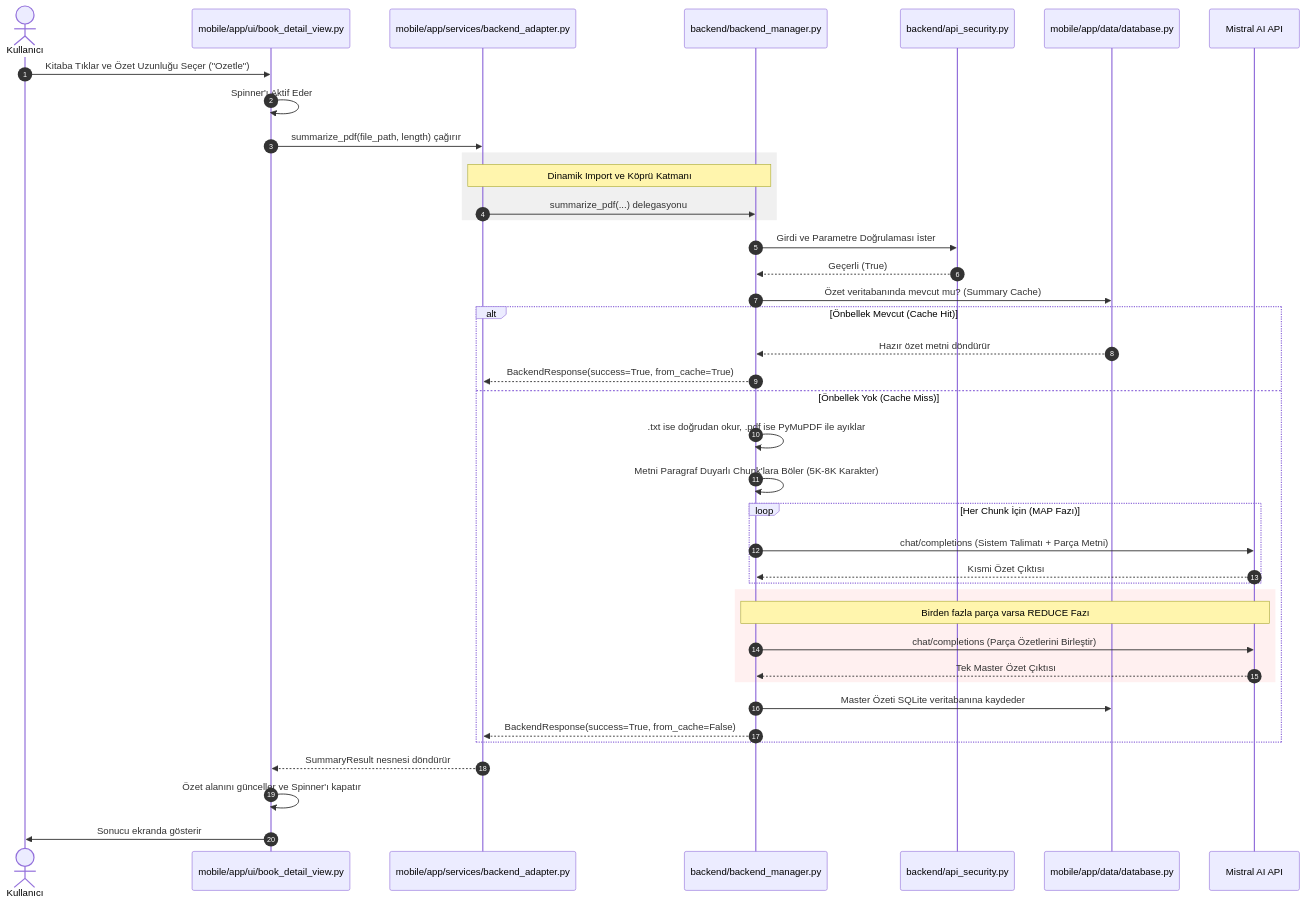
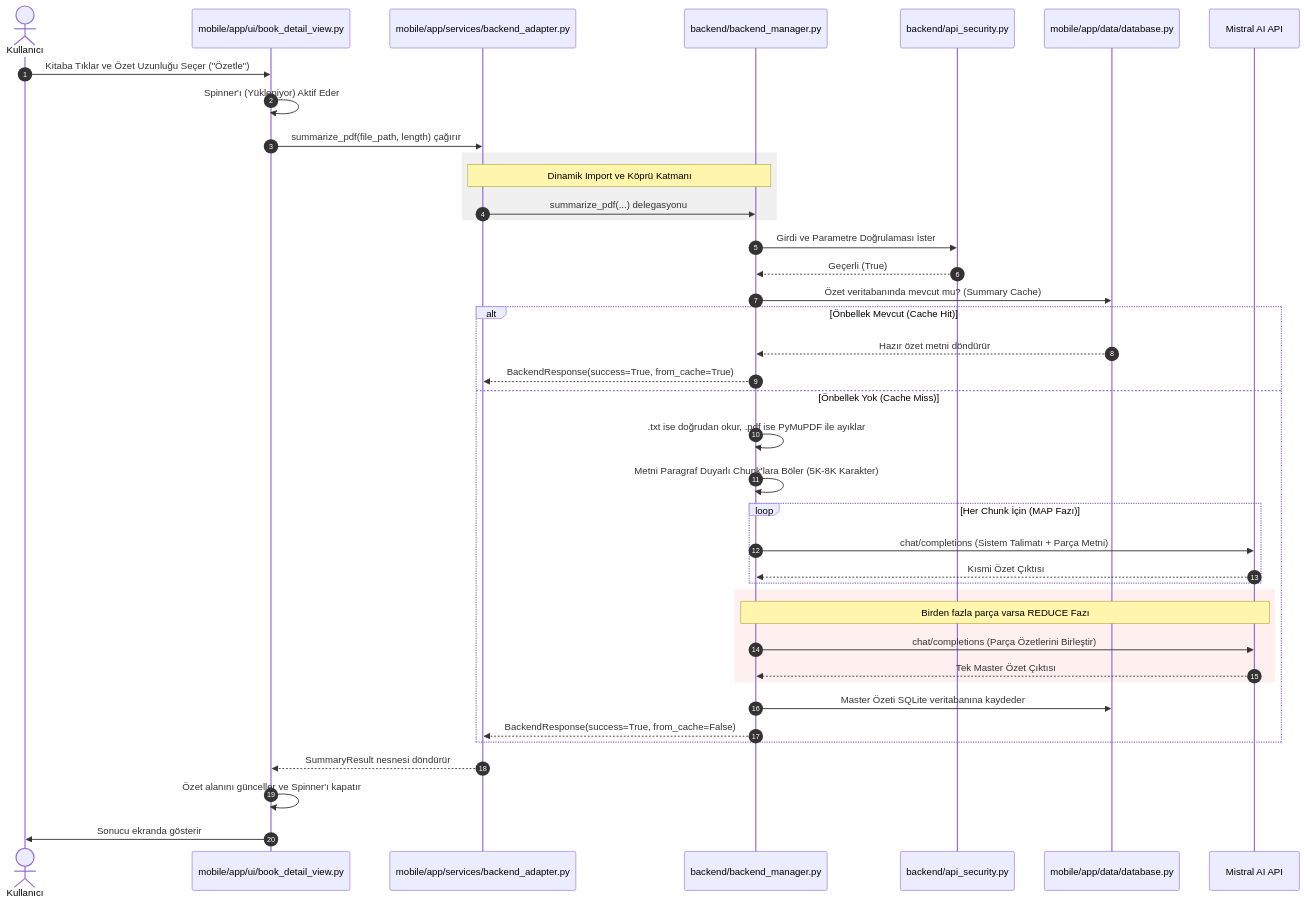
One commit to elifzehraunal/SnapSum changed the second of 2 diagrams in docs/SnapSum_Dökümantasyon.md. Above: the diagram before and after it, drawn with Mermaid. The commit also changed other lines of this file and 5 other files, not shown here.

````diff
--- a/docs/SnapSum_Dökümantasyon.md
+++ b/docs/SnapSum_Dökümantasyon.md
@@ -157,50 +177,50 @@
 ```mermaid
 sequenceDiagram
     autonumber
     actor Kullanıcı
     participant UI as mobile/app/ui/book_detail_view.py
     participant Adapter as mobile/app/services/backend_adapter.py
     participant Backend as backend/backend_manager.py
     participant Sec as backend/api_security.py
     participant DB as mobile/app/data/database.py
     participant LLM as Mistral AI API
 
-    Kullanıcı->>UI: Kitaba Tıklar ve Özet Uzunluğu Seçer ("Ozetle")
-    UI->>UI: Spinner'ı Aktif Eder
+    Kullanıcı->>UI: Kitaba Tıklar ve Özet Uzunluğu Seçer ("Özetle")
+    UI->>UI: Spinner'ı (Yükleniyor) Aktif Eder
     UI->>Adapter: summarize_pdf(file_path, length) çağırır
     
     rect rgb(240, 240, 240)
         Note over Adapter, Backend: Dinamik Import ve Köprü Katmanı
         Adapter->>Backend: summarize_pdf(...) delegasyonu
     end
     
     Backend->>Sec: Girdi ve Parametre Doğrulaması İster
     Sec-->>Backend: Geçerli (True)
     
     Backend->>DB: Özet veritabanında mevcut mu? (Summary Cache)
     alt Önbellek Mevcut (Cache Hit)
         DB-->>Backend: Hazır özet metni döndürür
         Backend-->>Adapter: BackendResponse(success=True, from_cache=True)
     else Önbellek Yok (Cache Miss)
         Backend->>Backend: .txt ise doğrudan okur, .pdf ise PyMuPDF ile ayıklar
         Backend->>Backend: Metni Paragraf Duyarlı Chunk'lara Böler (5K-8K Karakter)
         
         loop Her Chunk İçin (MAP Fazı)
             Backend->>LLM: chat/completions (Sistem Talimatı + Parça Metni)
             LLM-->>Backend: Kısmi Özet Çıktısı
         end
         
         rect rgb(255, 240, 240)
             Note over Backend, LLM: Birden fazla parça varsa REDUCE Fazı
             Backend->>LLM: chat/completions (Parça Özetlerini Birleştir)
             LLM-->>Backend: Tek Master Özet Çıktısı
         end
         
         Backend->>DB: Master Özeti SQLite veritabanına kaydeder
         Backend-->>Adapter: BackendResponse(success=True, from_cache=False)
     end
     
     Adapter-->>UI: SummaryResult nesnesi döndürür
     UI->>UI: Özet alanını günceller ve Spinner'ı kapatır
     UI->>Kullanıcı: Sonucu ekranda gösterir
 ```
````
